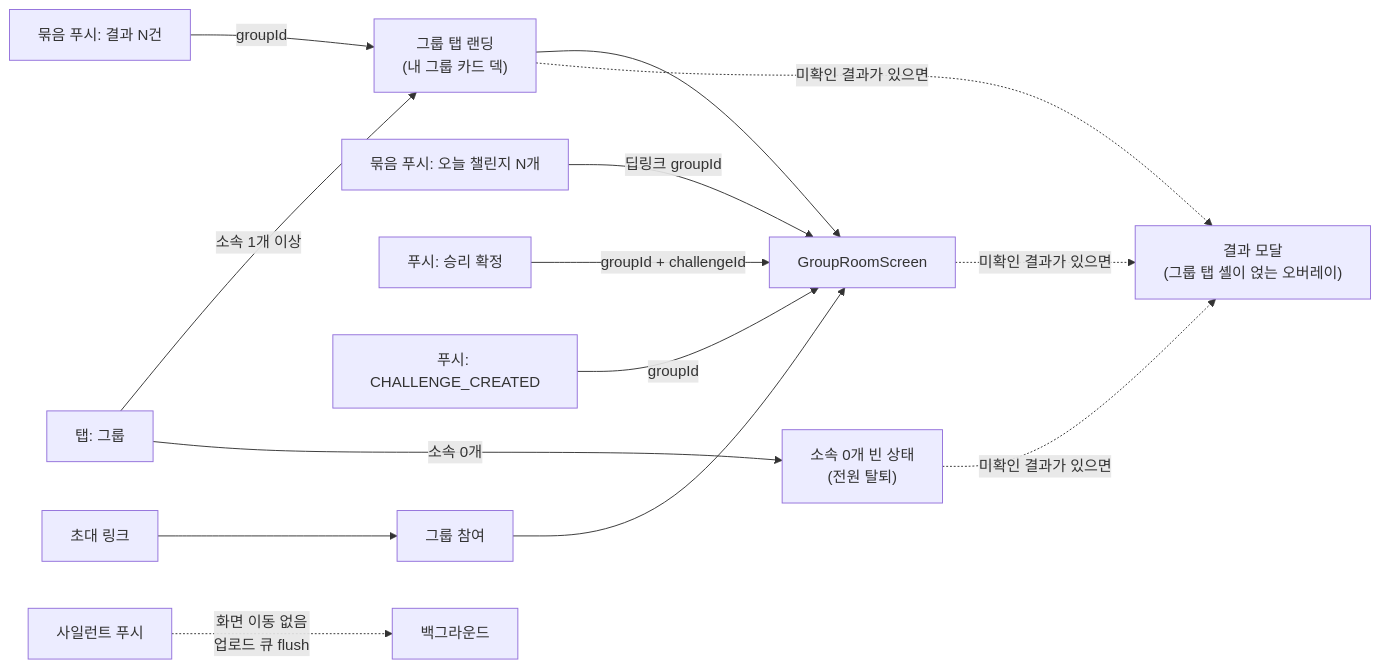
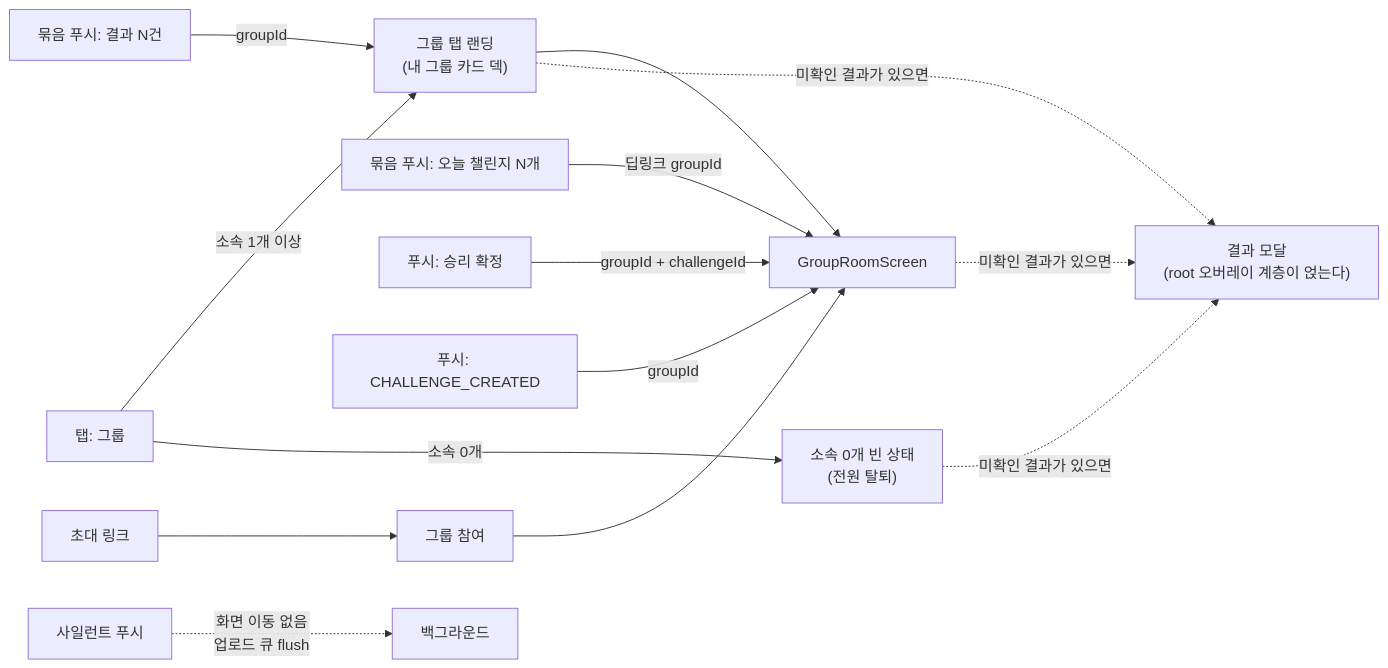
Before and after one commit to OneOrThree/phone: the eighth of 11 diagrams in docs/prd/challenge/information-architecture.md, drawn with Mermaid. The commit also changed other lines of this file and 4 other files, not shown here.

````diff
--- a/docs/prd/challenge/information-architecture.md
+++ b/docs/prd/challenge/information-architecture.md
@@ -376,19 +377,19 @@
 ```mermaid
 flowchart LR
     E1["탭: 그룹"] -->|"소속 1개 이상"| GD
     E2["묶음 푸시: 오늘 챌린지 N개"] -->|"딥링크 groupId"| GR
     E3["묶음 푸시: 결과 N건"] -->|"groupId"| GD
     E4["푸시: 승리 확정"] -->|"groupId + challengeId"| GR
     E5["푸시: CHALLENGE_CREATED"] -->|"groupId"| GR
     E6["초대 링크"] --> GJ["그룹 참여"] --> GR
     E7["사일런트 푸시"] -.->|"화면 이동 없음<br/>업로드 큐 flush"| BG["백그라운드"]
 
     GD["그룹 탭 랜딩<br/>(내 그룹 카드 덱)"] --> GR
     GR["GroupRoomScreen"]
     GZ["소속 0개 빈 상태<br/>(전원 탈퇴)"]
     GD -.->|"미확인 결과가 있으면"| RM
     GR -.->|"미확인 결과가 있으면"| RM
     GZ -.->|"미확인 결과가 있으면"| RM
     E1 -->|"소속 0개"| GZ
-    RM["결과 모달<br/>(그룹 탭 셸이 얹는 오버레이)"]
+    RM["결과 모달<br/>(root 오버레이 계층이 얹는다)"]
 ```
````
